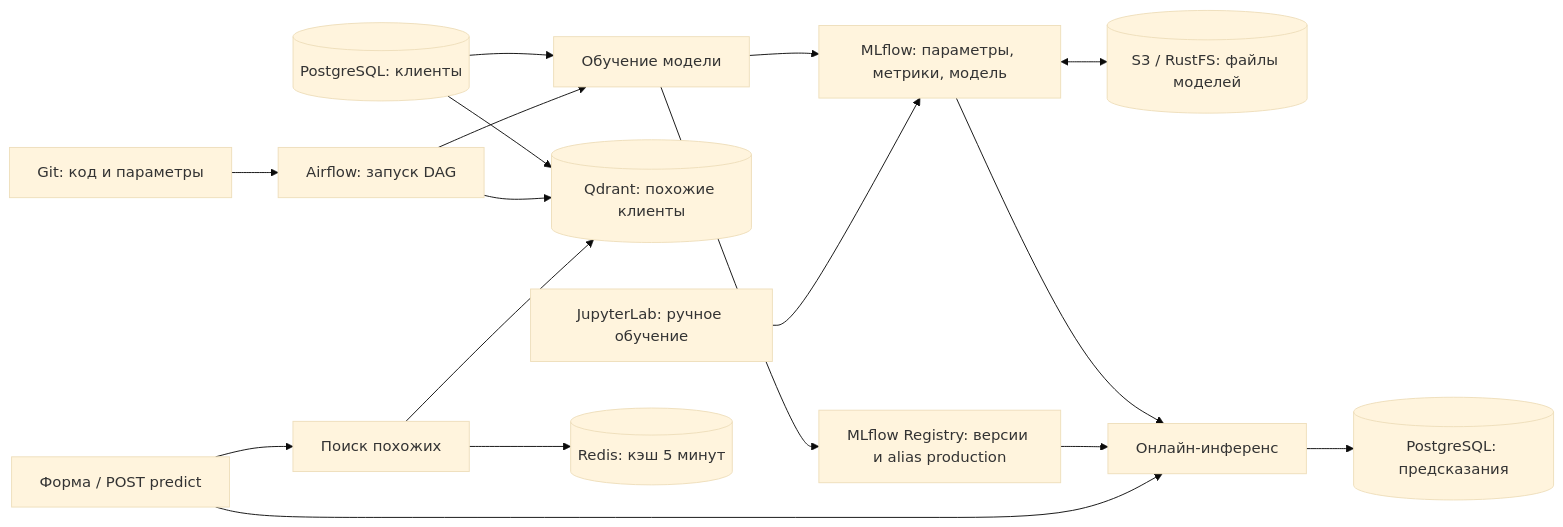
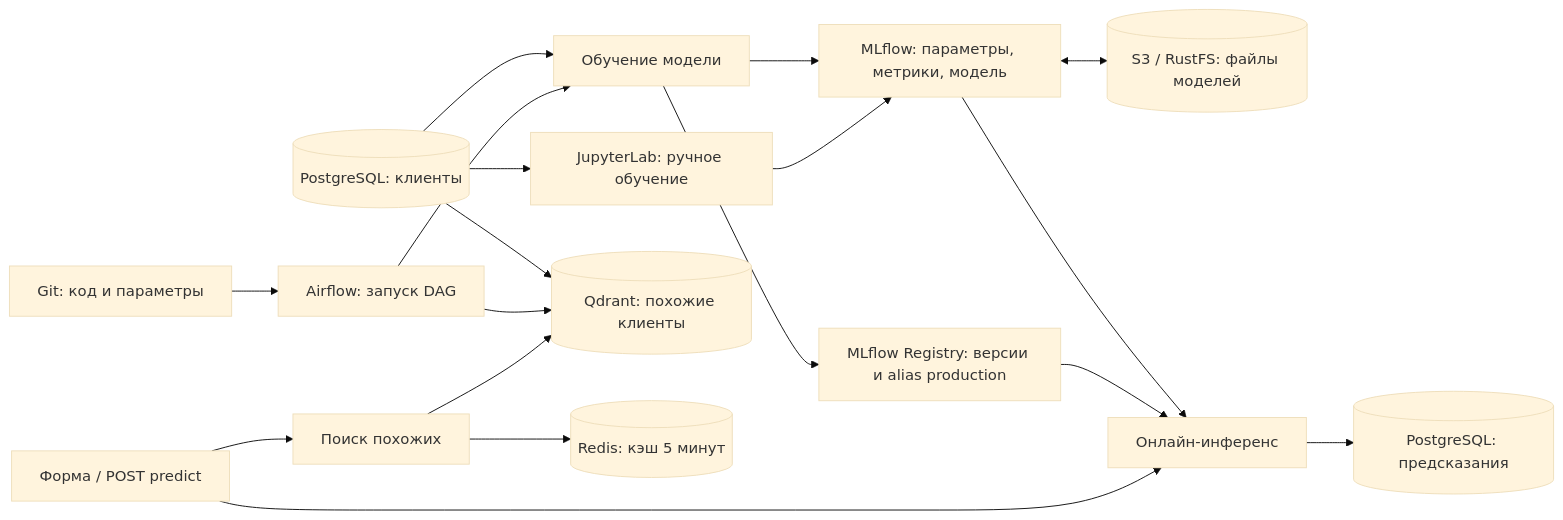
One commit to sergey445512/airflow-ml-service-demo changed the diagram in README.md. Above: the diagram before and after it, drawn with Mermaid (base theme). The commit also changed other lines of this file and 4 other files, not shown here.

````diff
--- a/README.md
+++ b/README.md
@@ -44,19 +44,20 @@
 ```mermaid
 flowchart LR
     G[Git: код и параметры] --> A[Airflow: запуск DAG]
     P[(PostgreSQL: клиенты)] --> T[Обучение модели]
+    P --> E[JupyterLab: ручное обучение]
     P --> Q[(Qdrant: похожие клиенты)]
     A --> T
     A --> Q
     T --> M[MLflow: параметры, метрики, модель]
-    E[JupyterLab: ручное обучение] --> M
+    E --> M
     T --> V[MLflow Registry: версии и alias production]
     M <--> O[(S3 / RustFS: файлы моделей)]
     M --> S[Онлайн-инференс]
     V --> S
     U[Форма / POST predict] --> S
     S --> R[(PostgreSQL: предсказания)]
     U --> N[Поиск похожих]
     N --> C[(Redis: кэш 5 минут)]
     N --> Q
 ```
````
